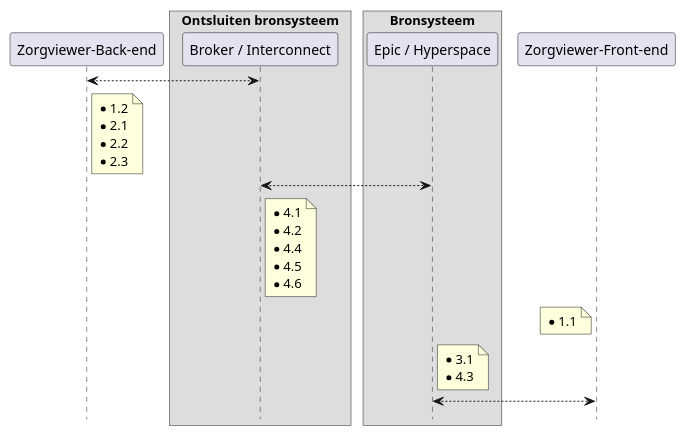
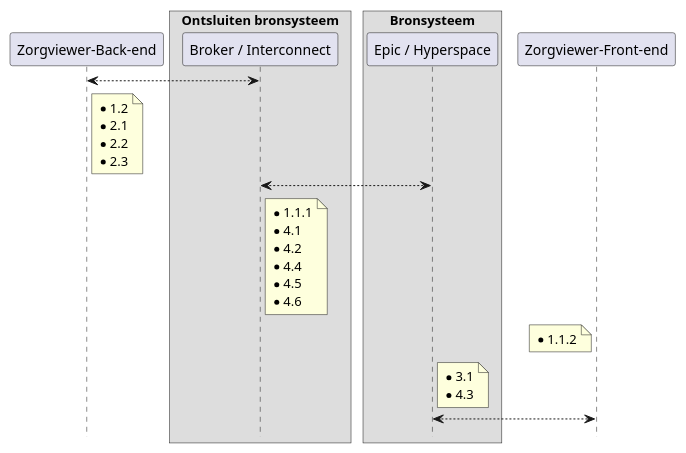
One commit to RIVO-Noord/zorgviewer-ig changed the diagram in input/images-source/Checklist-Epic.plantuml. Above: the diagram before and after it, drawn with PlantUML. The commit also changed 1 other file, not shown here.

```diff
--- a/input/images-source/Checklist-Epic.plantuml
+++ b/input/images-source/Checklist-Epic.plantuml
@@ -1,38 +1,39 @@
 @startuml
 !pragma teoz true
 hide footbox
 
 participant "Zorgviewer-Back-end" as zvbe
 box "Ontsluiten bronsysteem"
 participant "Broker / Interconnect" as broker
 end box
 box "Bronsysteem"
 participant "Epic / Hyperspace" as epic
 end box
 participant "Zorgviewer-Front-end" as zvfe
 
 zvbe <--> broker
 note right zvbe
 * 1.2
 * 2.1
 * 2.2
 * 2.3
 end note
 broker <--> epic
 note right broker
+* 1.1.1
 * 4.1
 * 4.2
 * 4.4
 * 4.5
 * 4.6
 end note
 note left zvfe
-* 1.1
+* 1.1.2
 end note
 note right epic
 * 3.1
 * 4.3
 end note
 epic <--> zvfe
 
 @enduml
```
